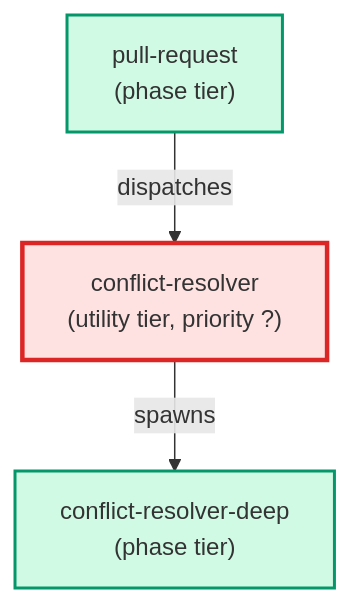
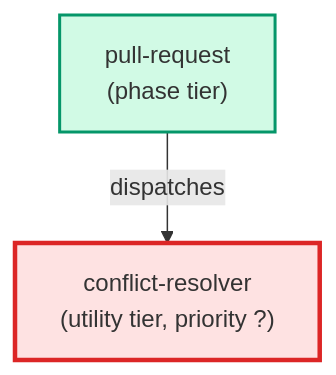
Before and after one commit to urlmonitor/leafcutter-ai: the diagram in docs/agents/cards/conflict-resolver.card.md, drawn with Mermaid. The commit also changed other lines of this file and 79 other files, not shown here.

````diff
--- a/docs/agents/cards/conflict-resolver.card.md
+++ b/docs/agents/cards/conflict-resolver.card.md
@@ -52,14 +52,12 @@
 ```mermaid
 flowchart TD
     classDef supervisor fill:#dbeafe,stroke:#2563eb,stroke-width:2px
     classDef phase fill:#d1fae5,stroke:#059669,stroke-width:2px
     classDef utility fill:#f3f4f6,stroke:#4b5563,stroke-width:2px
     classDef target fill:#fee2e2,stroke:#dc2626,stroke-width:3px
 
     pull_request["pull-request\n(phase tier)"]:::phase
     conflict_resolver["conflict-resolver\n(utility tier, priority ?)"]:::target
-    conflict_resolver_deep["conflict-resolver-deep\n(phase tier)"]:::phase
 
     pull_request -->|dispatches| conflict_resolver
-    conflict_resolver -->|spawns| conflict_resolver_deep
 ```
````
